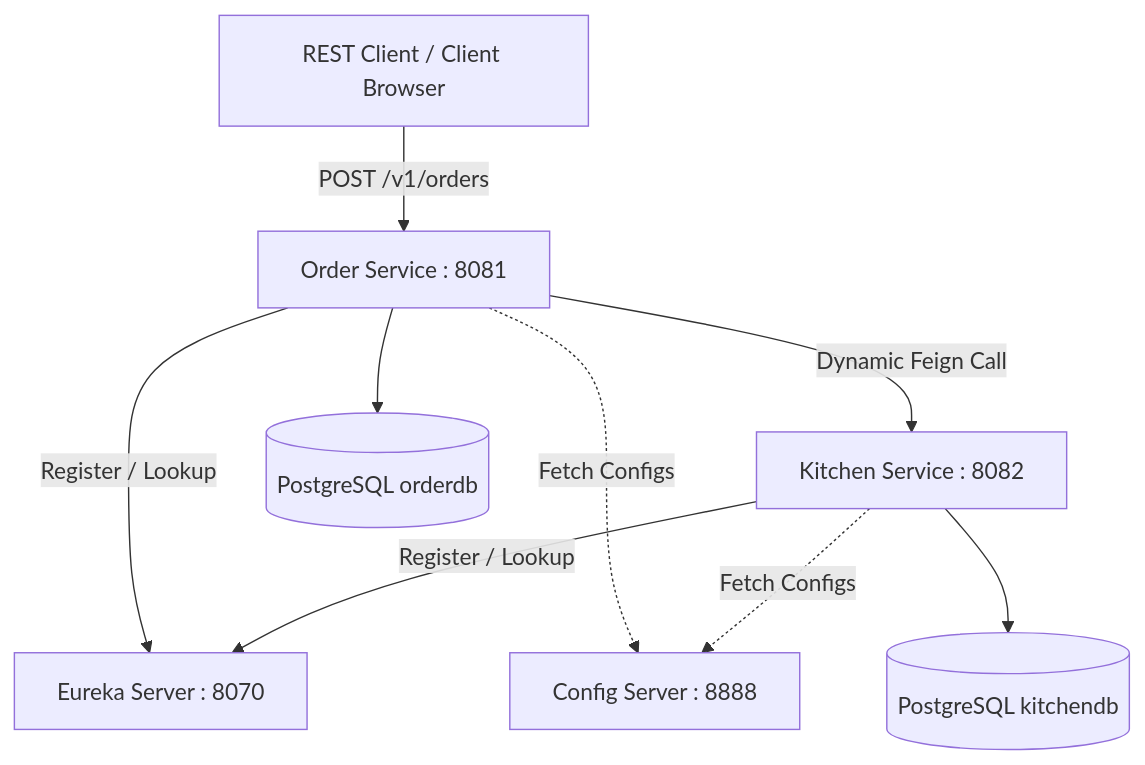
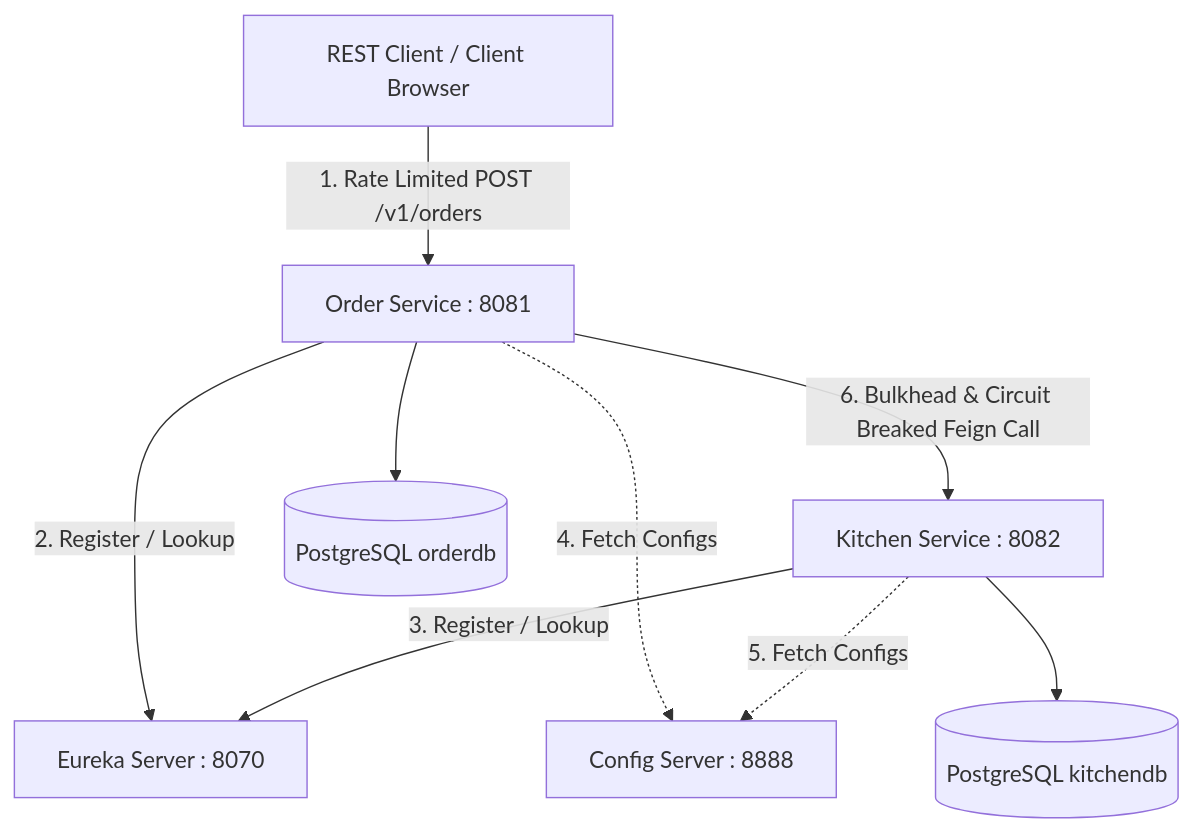
The first of 6 diagrams in FLOWS.md (BaoTo12/ftgo-microservices), drawn with Mermaid before and after one commit. The commit also changed other lines of this file and 12 other files, not shown here.

Commit message:
ref: add circuit breaker for calling kitchen to create ticket in create order API

````diff
--- a/FLOWS.md
+++ b/FLOWS.md
@@ -19,21 +20,21 @@
 ```mermaid
 graph TD
     Client[REST Client / Client Browser]
     Eureka[Eureka Server : 8070]
     Config[Config Server : 8888]
     Order[Order Service : 8081]
     Kitchen[Kitchen Service : 8082]
     
     OrderDB[(PostgreSQL orderdb)]
     KitchenDB[(PostgreSQL kitchendb)]
 
-    Client -->|POST /v1/orders| Order
-    Order -->|Register / Lookup| Eureka
-    Kitchen -->|Register / Lookup| Eureka
-    Order -.->|Fetch Configs| Config
-    Kitchen -.->|Fetch Configs| Config
-    Order -->|Dynamic Feign Call| Kitchen
+    Client -->|1. Rate Limited POST /v1/orders| Order
+    Order -->|2. Register / Lookup| Eureka
+    Kitchen -->|3. Register / Lookup| Eureka
+    Order -.->|4. Fetch Configs| Config
+    Kitchen -.->|5. Fetch Configs| Config
+    Order -->|6. Bulkhead & Circuit Breaked Feign Call| Kitchen
     
     Order --> OrderDB
     Kitchen --> KitchenDB
 ```
````
